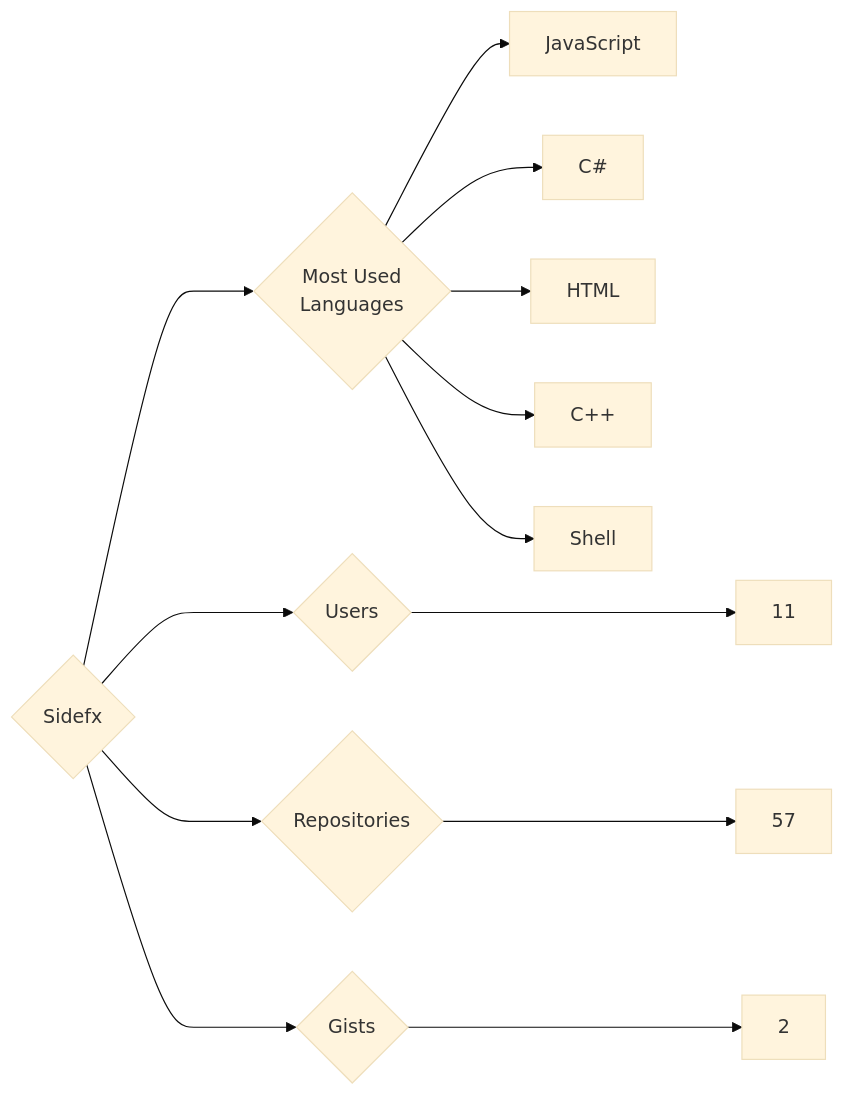
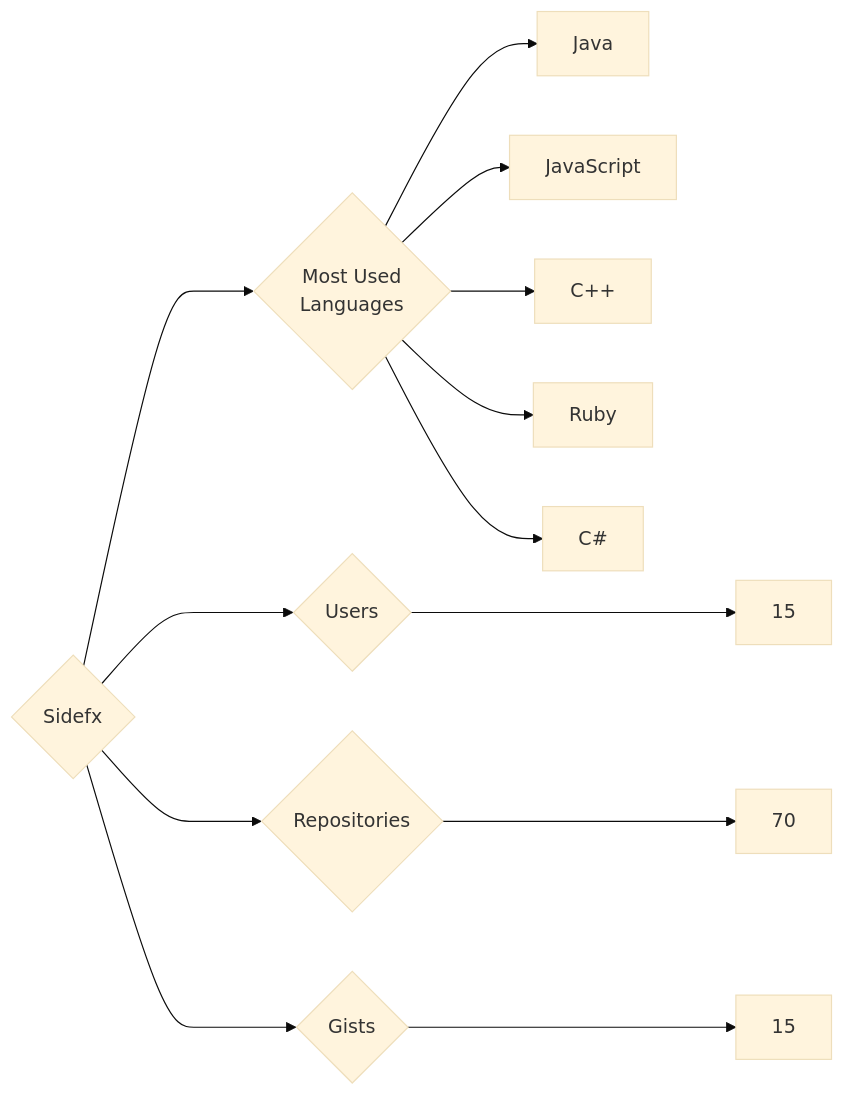
The diagram in targets/Sidefx/README.md (trickest/insiders), drawn with Mermaid (base theme) before and after one commit. The commit also changed 1479 other files, not shown here.

````diff
--- a/targets/Sidefx/README.md
+++ b/targets/Sidefx/README.md
@@ -3,13 +3,13 @@
 ```mermaid
 graph LR
 COMPANY_NAME{Sidefx}
-COMPANY_NAME ---> U{Users} ---> UN[11]
-COMPANY_NAME ---> R{Repositories} ---> RN[57]
-COMPANY_NAME ---> G{Gists} ---> GN[2]
+COMPANY_NAME ---> U{Users} ---> UN[15]
+COMPANY_NAME ---> R{Repositories} ---> RN[70]
+COMPANY_NAME ---> G{Gists} ---> GN[15]
 COMPANY_NAME ---> ML{Most Used<br>Languages}
+ML --> Java[Java]
 ML --> JavaScript[JavaScript]
+ML --> C++[C++]
+ML --> Ruby[Ruby]
 ML --> C#[C#]
-ML --> HTML[HTML]
-ML --> C++[C++]
-ML --> Shell[Shell]
 ```
````
